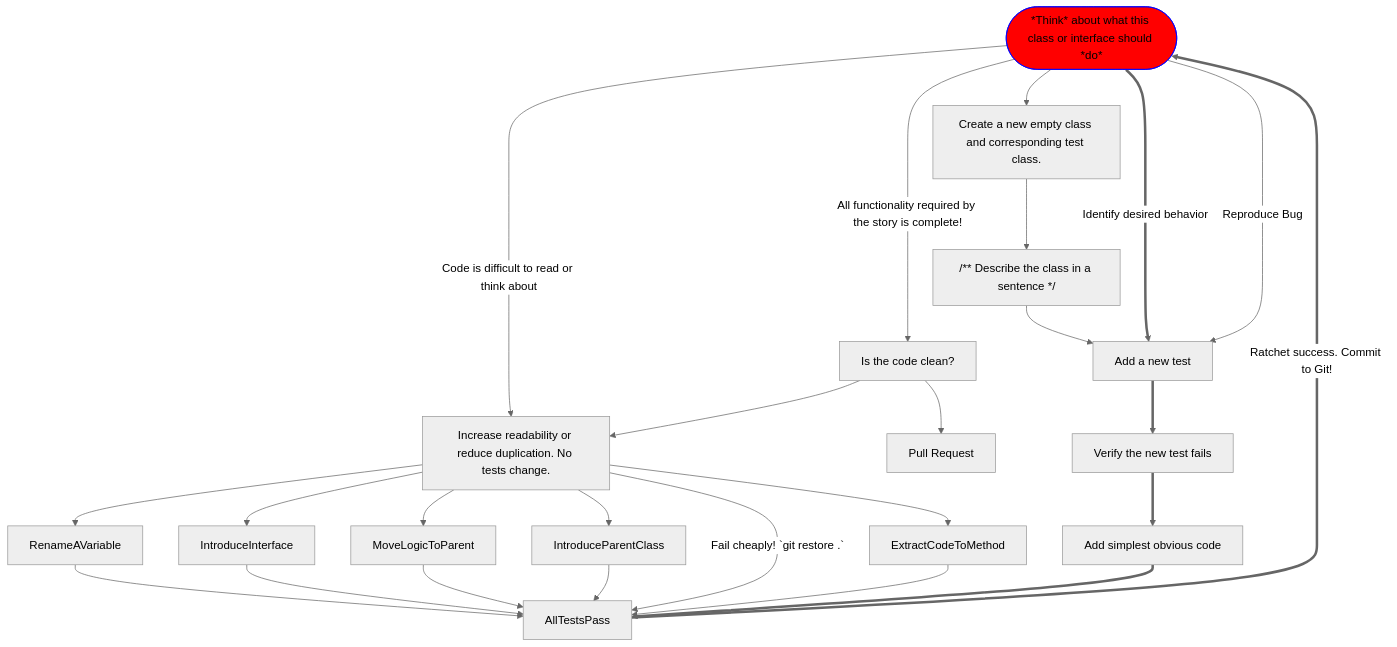
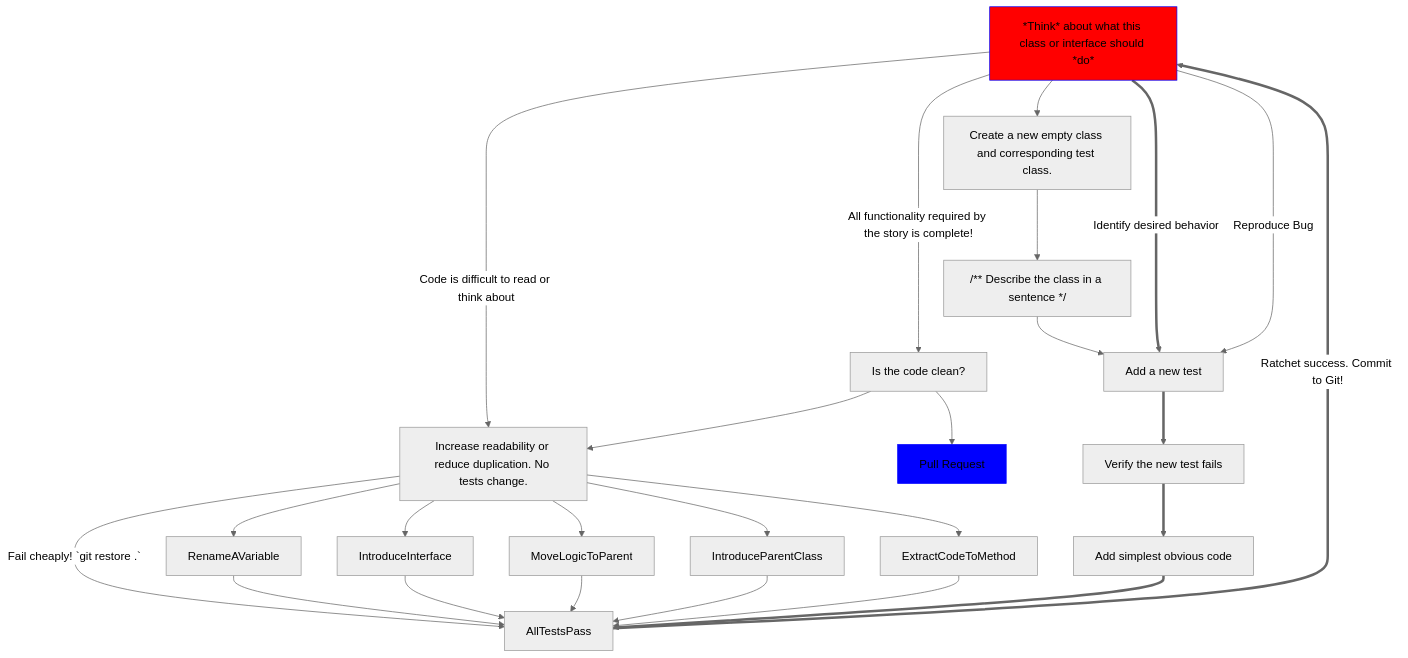
One commit to Billy-Spearman-WCCI/RaceCarExtension changed the third of 5 diagrams in README.md. Above: the diagram before and after it, drawn with Mermaid (neutral theme).

````diff
--- a/README.md
+++ b/README.md
@@ -909,29 +909,31 @@
 ```mermaid
 graph TB;
 Think-->|Code is difficult to read or think about|MakeImprovements["Increase readability or reduce duplication. No tests change."]
 classDef thinkStyle fill:#f00,stroke:#00f
 class Think thinkStyle;
 Think-->CreateANewClass["Create a new empty class and corresponding test class."]
 CreateANewClass-->DescribeANewClass["/** Describe the class in a sentence */"]
 DescribeANewClass-->AddATestToAnExistingTestClass
 Think==>|Identify desired behavior|AddATestToAnExistingTestClass["Add a new test"]
 Think-->|Reproduce Bug|AddATestToAnExistingTestClass
 Think-->|"All functionality required by the story is complete!"|CodeDone["Is the code clean?"]
 CodeDone-->PullRequest["Pull Request"]
+classDef pullRequestStyle fill:#00f,stroke:#00f
+class PullRequest pullRequestStyle;
 CodeDone-->MakeImprovements
 AddATestToAnExistingTestClass==>NewTestFails["Verify the new test fails"]
-AllTestsPass==>|"Ratchet success. Commit to Git!"|Think(["*Think* about what this class or interface should *do*"])
+AllTestsPass==>|"Ratchet success. Commit to Git!"|Think["*Think* about what this class or interface should *do*"]
+MakeImprovements-->|"Fail cheaply! `git restore .`"|AllTestsPass
 MakeImprovements-->RenameAVariable
 RenameAVariable-->AllTestsPass
 MakeImprovements-->IntroduceInterface
 IntroduceInterface-->AllTestsPass
 MakeImprovements-->MoveLogicToParent
 MoveLogicToParent-->AllTestsPass
 MakeImprovements-->IntroduceParentClass
 IntroduceParentClass-->AllTestsPass
 MakeImprovements-->ExtractCodeToMethod
-MakeImprovements-->|"Fail cheaply! `git restore .`"|AllTestsPass
 ExtractCodeToMethod-->AllTestsPass
 NewTestFails==>WriteCode["Add simplest obvious code"]
 WriteCode==>AllTestsPass
 ```
````
